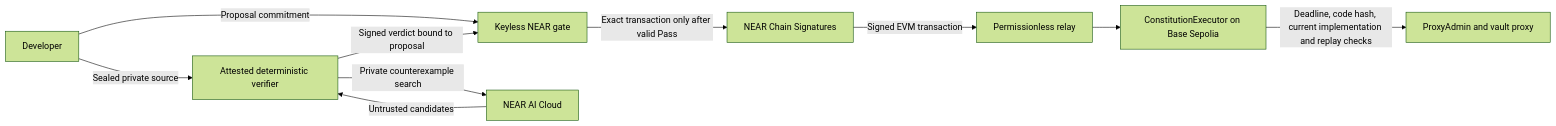
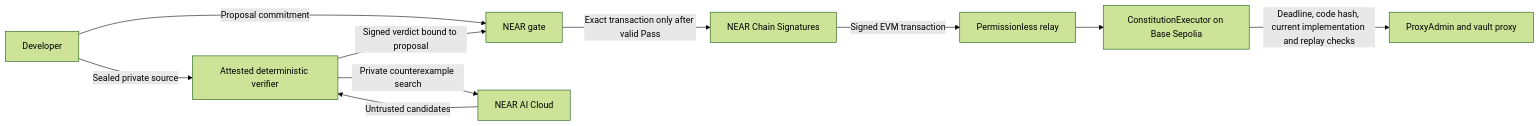
Before and after one commit to Dylansius11/constitution: the diagram in README.md, drawn with Mermaid (forest theme). The commit also changed other lines of this file and 2 other files, not shown here.

````diff
--- a/README.md
+++ b/README.md
@@ -26,12 +75,12 @@
 ```mermaid
 flowchart LR
-    D[Developer] -->|Proposal commitment| G[Keyless NEAR gate]
+    D[Developer] -->|Proposal commitment| G[NEAR gate]
     D -->|Sealed private source| V[Attested deterministic verifier]
     V -->|Private counterexample search| A[NEAR AI Cloud]
     A -->|Untrusted candidates| V
     V -->|Signed verdict bound to proposal| G
     G -->|Exact transaction only after valid Pass| M[NEAR Chain Signatures]
     M -->|Signed EVM transaction| R[Permissionless relay]
     R --> E[ConstitutionExecutor on Base Sepolia]
     E -->|Deadline, code hash, current implementation and replay checks| P[ProxyAdmin and vault proxy]
 ```
````
